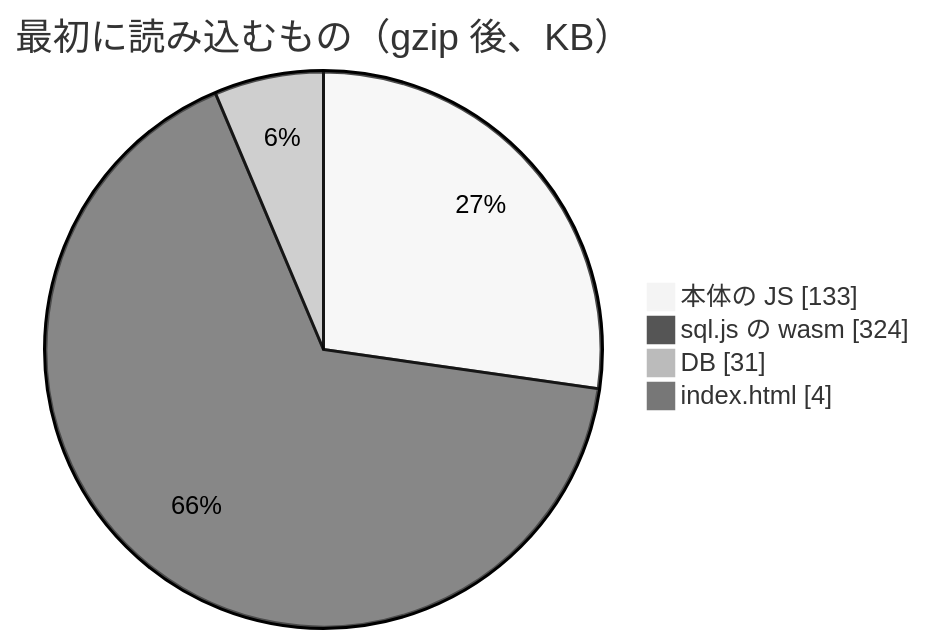
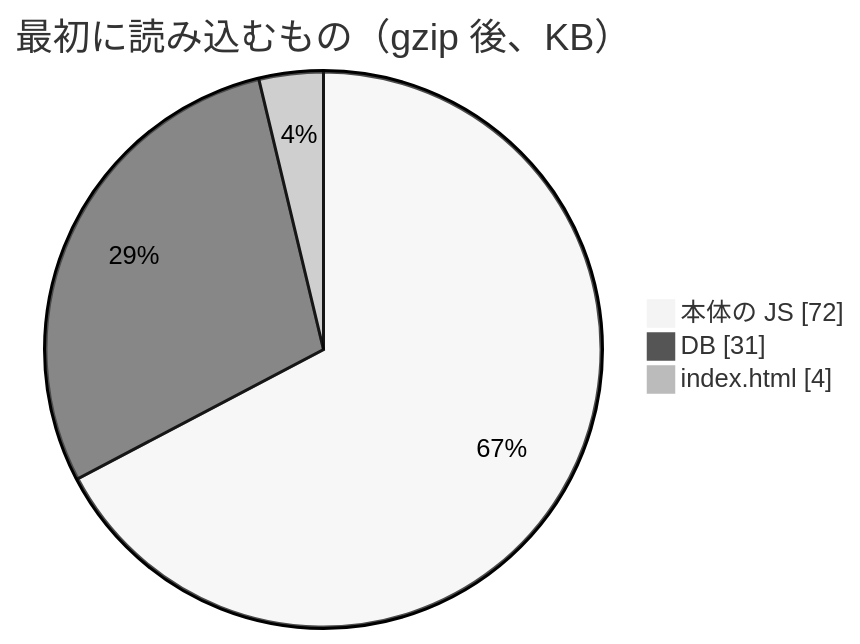
The sixth of 11 diagrams in example/content/articles/heavy-diagrams.md (tett23/sqlite-cms), drawn with Mermaid (neutral theme) before and after one commit. The commit also changed other lines of this file and 34 other files, not shown here.

````diff
--- a/example/content/articles/heavy-diagrams.md
+++ b/example/content/articles/heavy-diagrams.md
@@ -144,8 +143,7 @@
 ```mermaid
 pie showData
   title 最初に読み込むもの（gzip 後、KB）
-  "本体の JS" : 133
-  "sql.js の wasm" : 324
+  "本体の JS" : 72
   "DB" : 31
   "index.html" : 4
 ```
````
